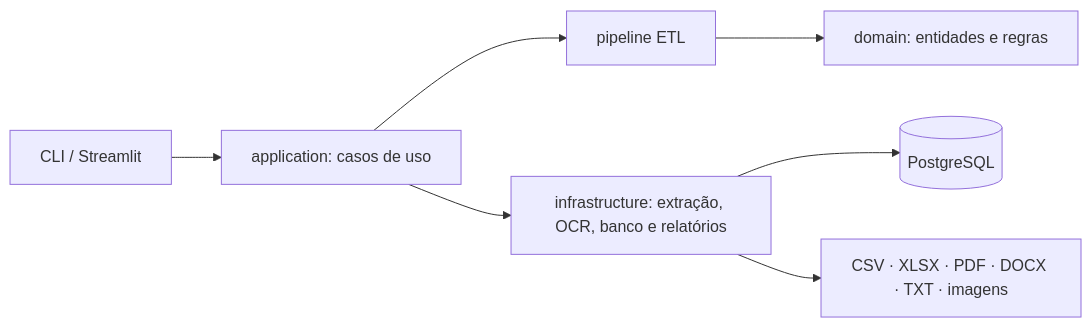
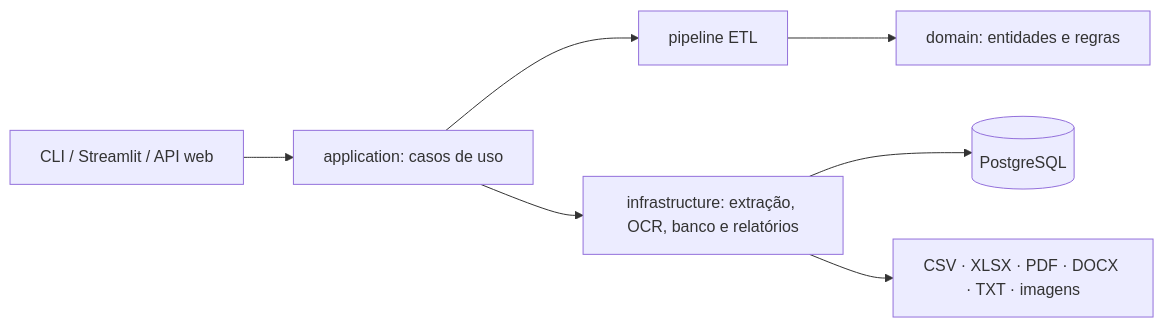
Before and after one commit to Sheiden1/waypoint-etl: the first of 2 diagrams in docs/architecture.md, drawn with Mermaid. The commit also changed other lines of this file and 67 other files, not shown here.

````diff
--- a/docs/architecture.md
+++ b/docs/architecture.md
@@ -6,9 +6,9 @@
 ```mermaid
 flowchart LR
-    UI["CLI / Streamlit"] --> APP["application: casos de uso"]
+    UI["CLI / Streamlit / API web"] --> APP["application: casos de uso"]
     APP --> PIPE["pipeline ETL"]
     PIPE --> DOMAIN["domain: entidades e regras"]
     APP --> INFRA["infrastructure: extração, OCR, banco e relatórios"]
     INFRA --> DB[("PostgreSQL")]
     INFRA --> FILES["CSV · XLSX · PDF · DOCX · TXT · imagens"]
 ```
````
